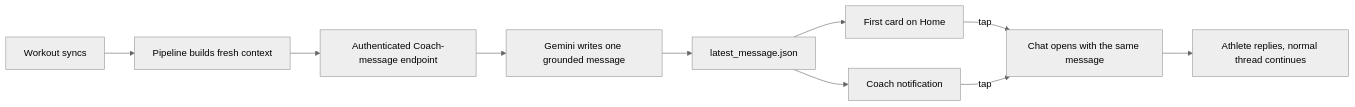
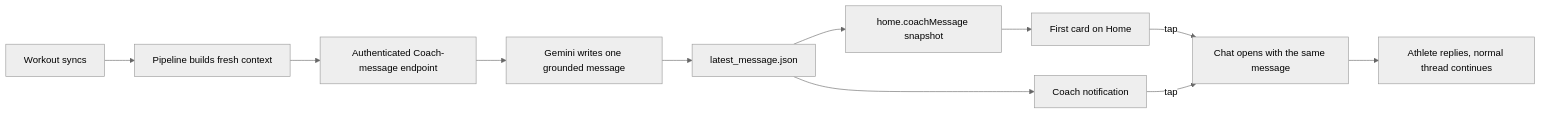
One commit to sibling-shipyard/coach-hq changed the first of 2 diagrams in docs/plans/coach-proactive-message.md. Above: the diagram before and after it, drawn with Mermaid (neutral theme). The commit also changed other lines of this file, not shown here.

Commit message:
core: make proactive message plan executable (#320)

````diff
--- a/docs/plans/coach-proactive-message.md
+++ b/docs/plans/coach-proactive-message.md
@@ -19,12 +19,13 @@
 ```mermaid
 flowchart LR
   workout["Workout syncs"] --> pipeline["Pipeline builds fresh context"]
   pipeline --> endpoint["Authenticated Coach-message endpoint"]
   endpoint --> gemini["Gemini writes one grounded message"]
   gemini --> record["latest_message.json"]
-  record --> home["First card on Home"]
+  record --> snapshot["home.coachMessage snapshot"]
+  snapshot --> home["First card on Home"]
   record --> notice["Coach notification"]
   home -->|tap| chat["Chat opens with the same message"]
   notice -->|tap| chat
   chat --> reply["Athlete replies, normal thread continues"]
 ```
````
